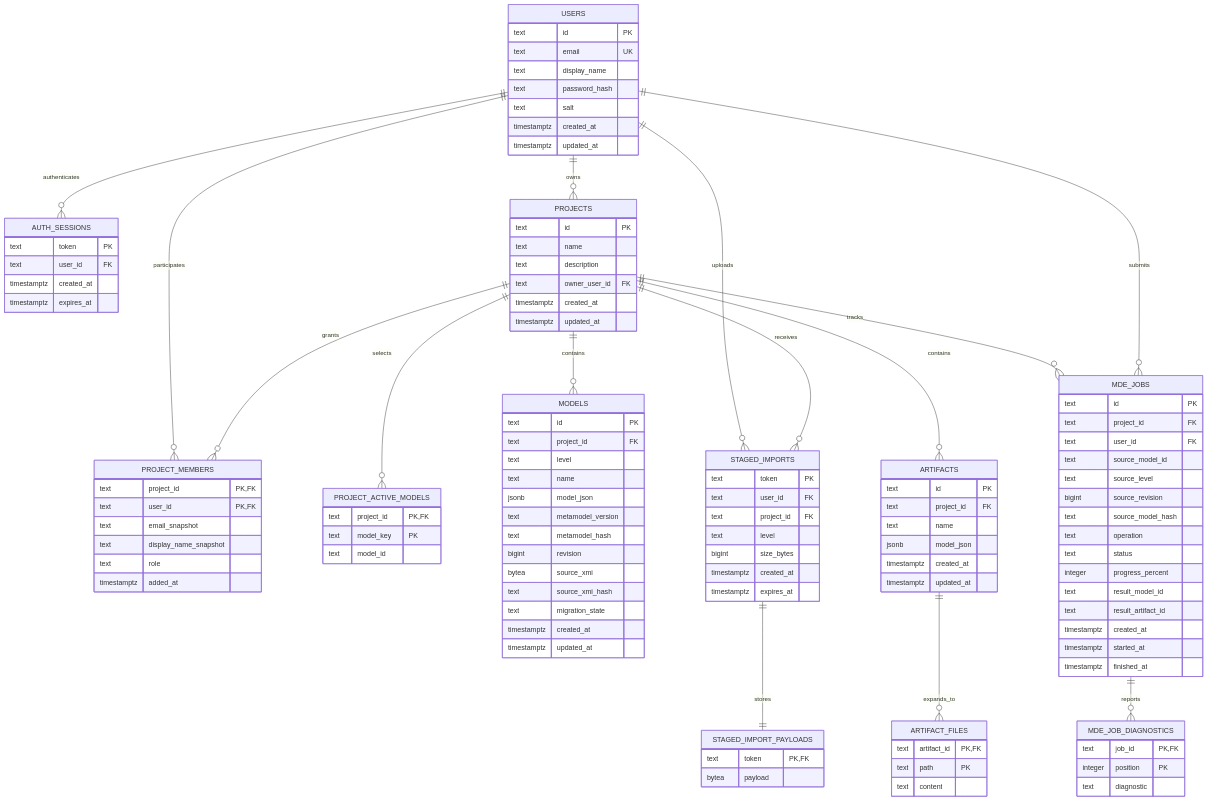
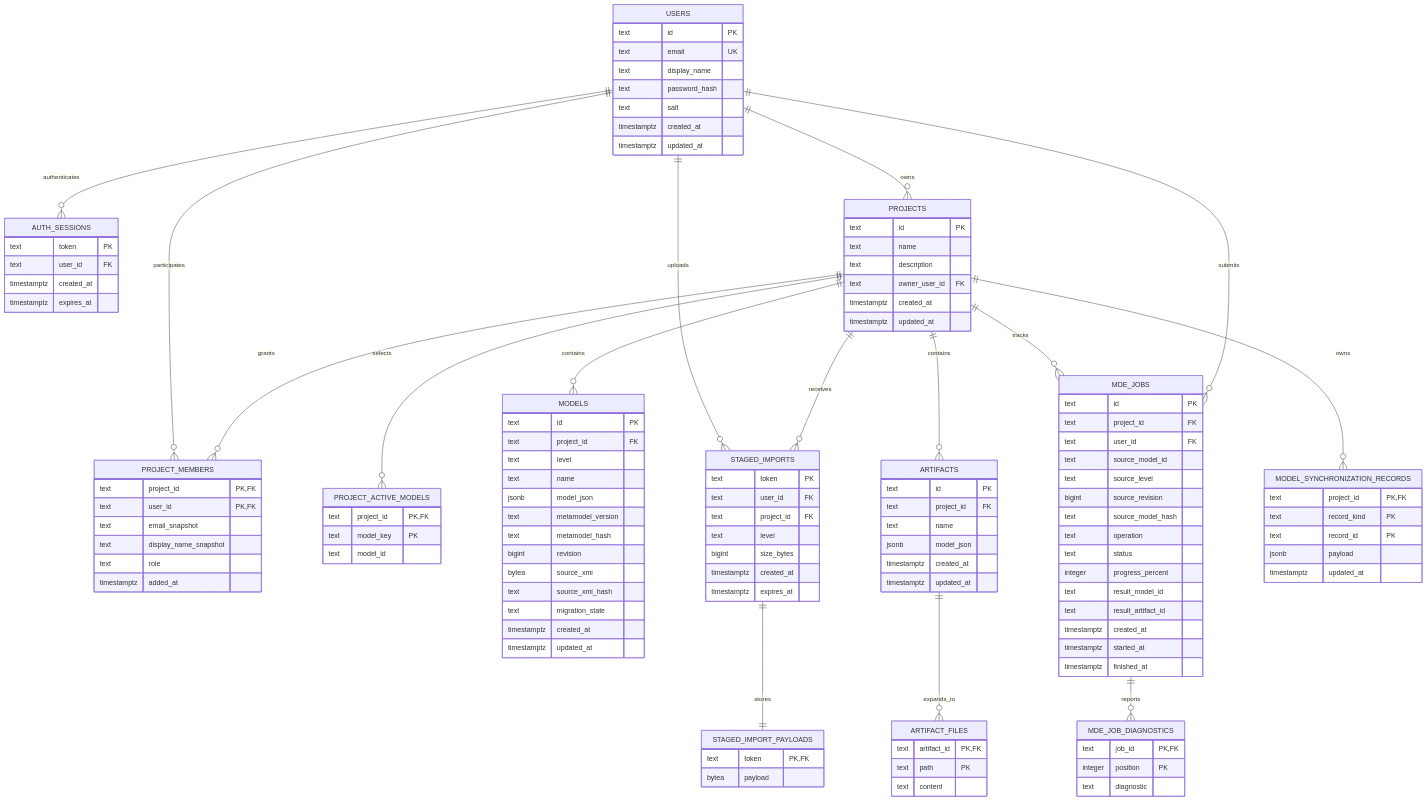
Before and after one commit to mehdieidi/modriss: the first of 2 diagrams in docs/diagrams/07-platform-storage-er.md, drawn with Mermaid. The commit also changed other lines of this file and 13 other files, not shown here.

````diff
--- a/docs/diagrams/07-platform-storage-er.md
+++ b/docs/diagrams/07-platform-storage-er.md
@@ -103,6 +104,13 @@
         integer position PK
         text diagnostic
     }
+    MODEL_SYNCHRONIZATION_RECORDS {
+        text project_id PK,FK
+        text record_kind PK
+        text record_id PK
+        jsonb payload
+        timestamptz updated_at
+    }
 
     USERS ||--o{ AUTH_SESSIONS : authenticates
     USERS ||--o{ PROJECTS : owns
@@ -118,4 +126,5 @@
     PROJECTS ||--o{ MDE_JOBS : tracks
     USERS ||--o{ MDE_JOBS : submits
     MDE_JOBS ||--o{ MDE_JOB_DIAGNOSTICS : reports
+    PROJECTS ||--o{ MODEL_SYNCHRONIZATION_RECORDS : owns
 ```
````
